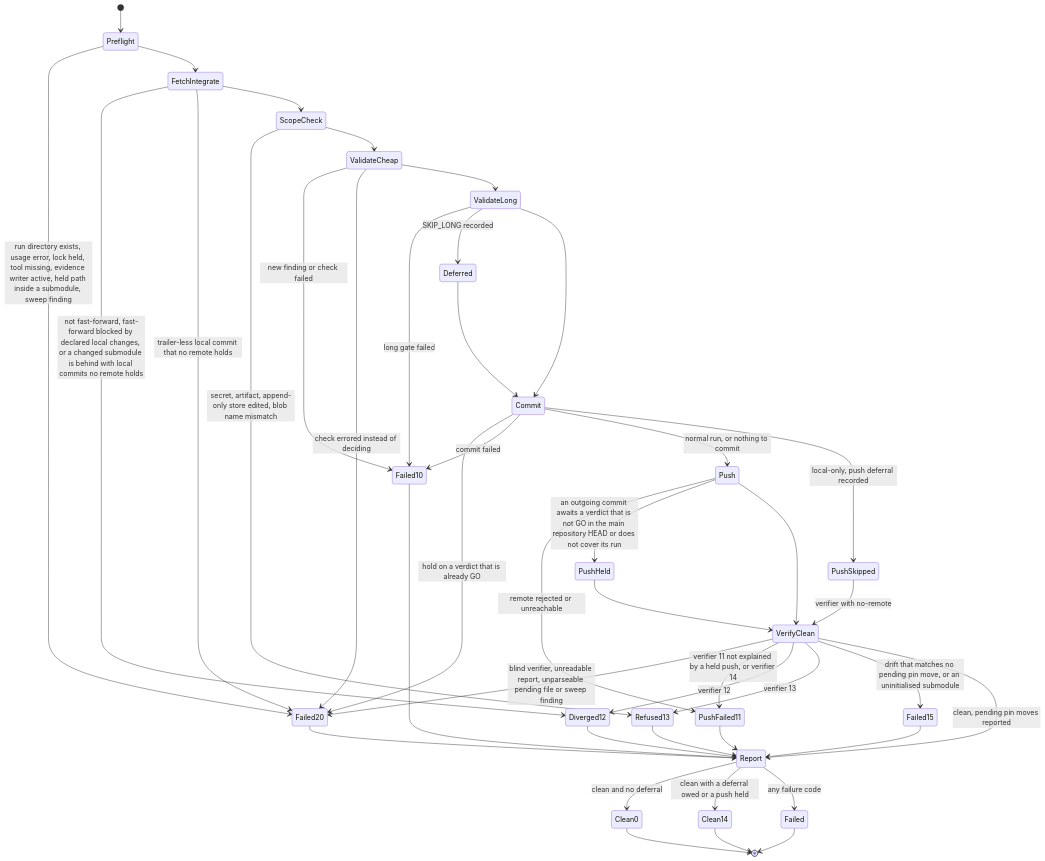
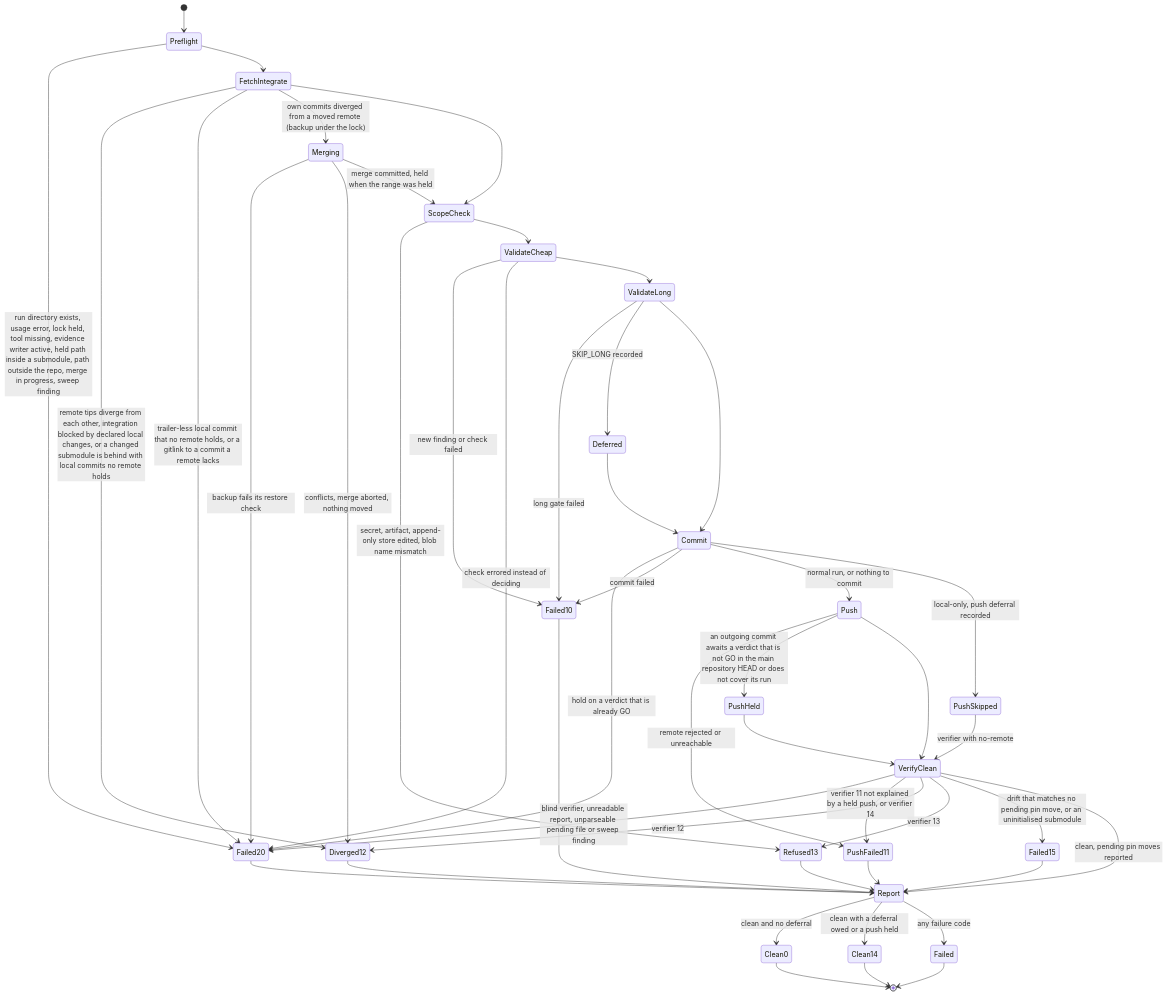
Before and after one commit to vasic-digital/catalogizer: the fourth of 4 diagrams in specs/001-full-project-audit-remediation/docs/16-containerized-infrastructure-and-local-enforcement-plan.md, drawn with Mermaid. The commit also changed other lines of this file and 22 other files, not shown here.

First line of the commit message:
docs(spec): fix wave 10 merged - CPA merge integration path, S3 filters/exemptions, ratchet scope, docs reconciled to rev 9/10

````diff
--- a/specs/001-full-project-audit-remediation/docs/16-containerized-infrastructure-and-local-enforcement-plan.md
+++ b/specs/001-full-project-audit-remediation/docs/16-containerized-infrastructure-and-local-enforcement-plan.md
@@ -779,45 +797,49 @@
 ```mermaid
 stateDiagram-v2
   [*] --> Preflight
-  Preflight --> Failed20: run directory exists, usage error, lock held, tool missing, evidence writer active, held path inside a submodule, sweep finding
+  Preflight --> Failed20: run directory exists, usage error, lock held, tool missing, evidence writer active, held path inside a submodule, path outside the repo, merge in progress, sweep finding
   Preflight --> FetchIntegrate
-  FetchIntegrate --> Diverged12: not fast-forward, fast-forward blocked by declared local changes, or a changed submodule is behind with local commits no remote holds
-  FetchIntegrate --> Failed20: trailer-less local commit that no remote holds
+  FetchIntegrate --> Diverged12: remote tips diverge from each other, integration blocked by declared local changes, or a changed submodule is behind with local commits no remote holds
+  FetchIntegrate --> Failed20: trailer-less local commit that no remote holds, or a gitlink to a commit a remote lacks
+  FetchIntegrate --> Merging: own commits diverged from a moved remote (backup under the lock)
+  Merging --> Failed20: backup fails its restore check
+  Merging --> Diverged12: conflicts, merge aborted, nothing moved
+  Merging --> ScopeCheck: merge committed, held when the range was held
   FetchIntegrate --> ScopeCheck
   ScopeCheck --> Refused13: secret, artifact, append-only store edited, blob name mismatch
   ScopeCheck --> ValidateCheap
   ValidateCheap --> Failed10: new finding or check failed
   ValidateCheap --> Failed20: check errored instead of deciding
   ValidateCheap --> ValidateLong
   ValidateLong --> Failed10: long gate failed
   ValidateLong --> Deferred: SKIP_LONG recorded
   ValidateLong --> Commit
   Deferred --> Commit
   Commit --> Failed20: hold on a verdict that is already GO
   Commit --> Failed10: commit failed
   Commit --> Push: normal run, or nothing to commit
   Commit --> PushSkipped: local-only, push deferral recorded
   Push --> PushFailed11: remote rejected or unreachable
   Push --> PushHeld: an outgoing commit awaits a verdict that is not GO in the main repository HEAD or does not cover its run
   Push --> VerifyClean
   PushHeld --> VerifyClean
   PushSkipped --> VerifyClean: verifier with no-remote
   VerifyClean --> Failed20: blind verifier, unreadable report, unparseable pending file or sweep finding
   VerifyClean --> PushFailed11: verifier 11 not explained by a held push, or verifier 14
   VerifyClean --> Diverged12: verifier 12
   VerifyClean --> Refused13: verifier 13
   VerifyClean --> Failed15: drift that matches no pending pin move, or an uninitialised submodule
   VerifyClean --> Report: clean, pending pin moves reported
   Failed10 --> Report
   PushFailed11 --> Report
   Diverged12 --> Report
   Refused13 --> Report
   Failed15 --> Report
   Failed20 --> Report
   Report --> Clean0: clean and no deferral
   Report --> Clean14: clean with a deferral owed or a push held
   Report --> Failed: any failure code
   Clean0 --> [*]
   Clean14 --> [*]
   Failed --> [*]
 ```
````
